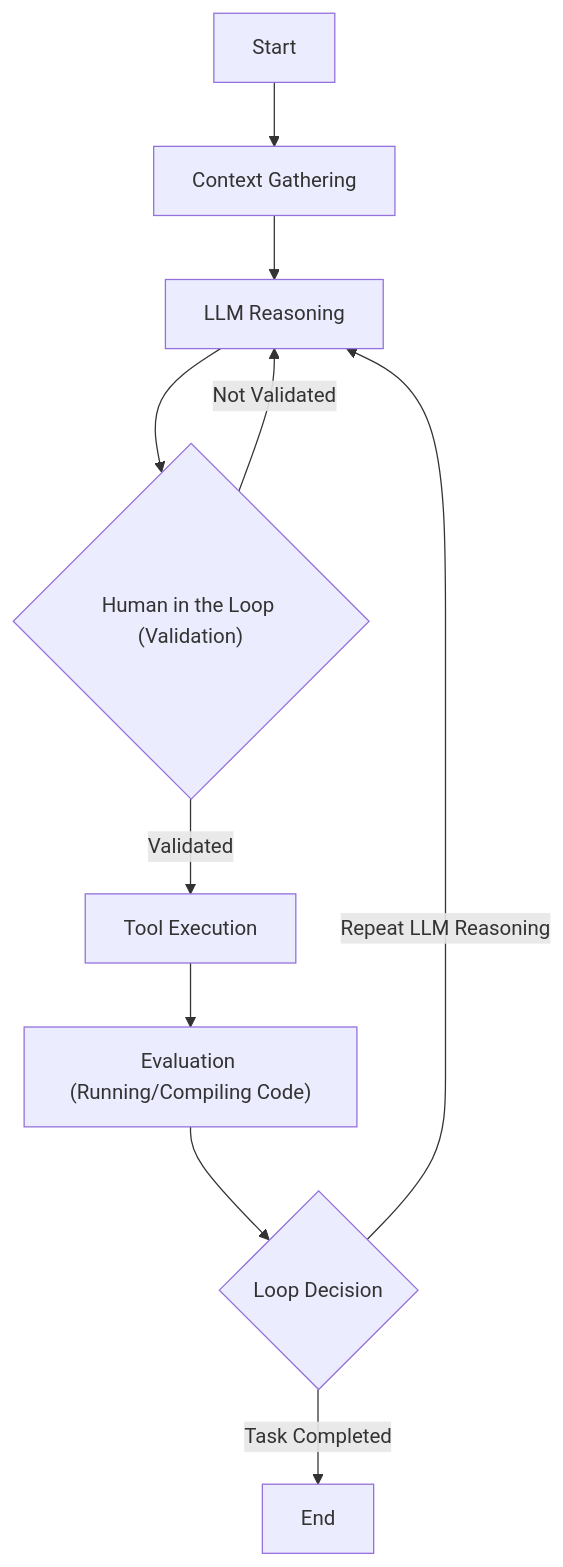
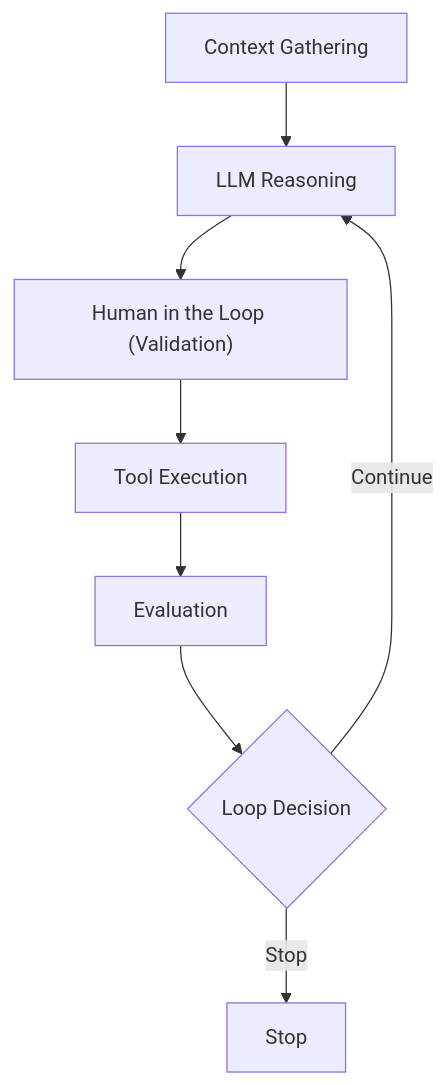
One commit to iusztinpaul/agentic-ai-engineering-course-data changed the eighth of 9 diagrams in data/inputs/tests/02_sample_medium/article.md. Above: the diagram before and after it, drawn with Mermaid. The commit also changed other lines of this file and 3 other files, not shown here.

````diff
--- a/data/inputs/tests/02_sample_medium/article.md
+++ b/data/inputs/tests/02_sample_medium/article.md
@@ -221,12 +214,10 @@
 ```mermaid
 graph TD
-    A["Start"] --> B["Context Gathering"]
-    B --> C["LLM Reasoning"]
-    C --> D{"Human in the Loop (Validation)"}
-    D -->|"Validated"| E["Tool Execution"]
-    D -->|"Not Validated"| C
-    E --> F["Evaluation (Running/Compiling Code)"]
-    F --> G{"Loop Decision"}
-    G -->|"Repeat LLM Reasoning"| C
-    G -->|"Task Completed"| H["End"]
+    A["Context Gathering"] --> B["LLM Reasoning"]
+    B --> C["Human in the Loop (Validation)"]
+    C --> D["Tool Execution"]
+    D --> E["Evaluation"]
+    E --> F{"Loop Decision"}
+    F -->|"Continue"| B
+    F -->|"Stop"| G["Stop"]
 ```
````
